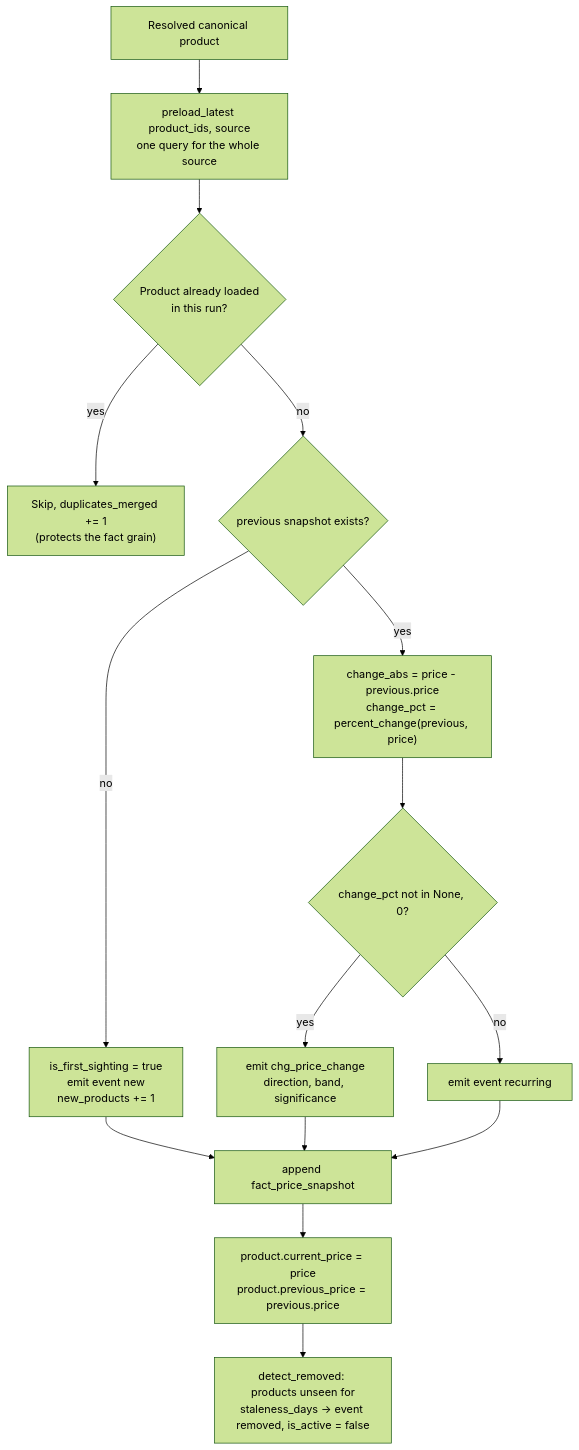
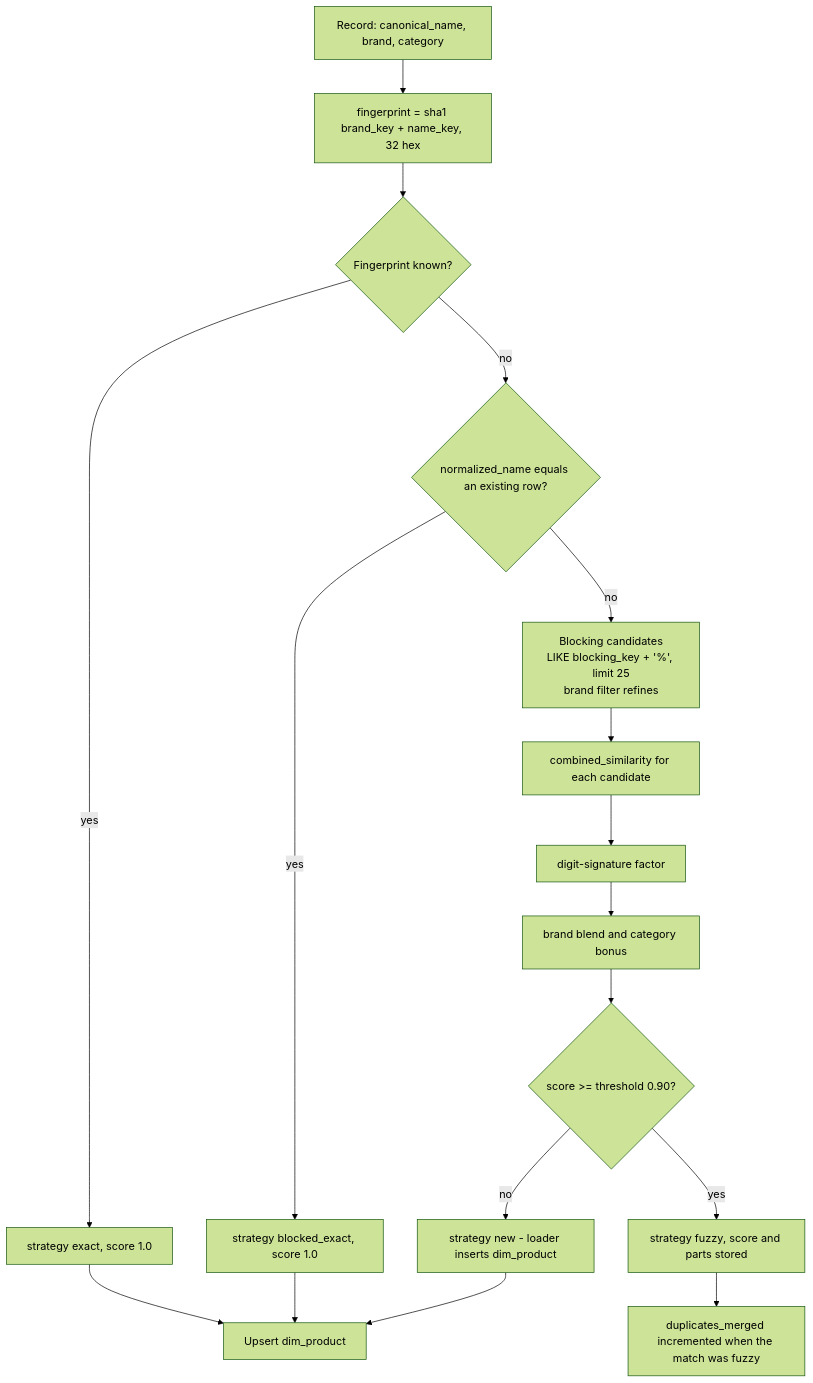
The diagram in docs/diagrams/out/docs-17_technical_documentation_59.mmd (Ahmedbakr78/Web-to-Warehouse-Product-Intelligence-Pipeline), drawn with Mermaid (forest theme) before and after one commit. The commit also changed 187 other files, not shown here.

```diff
--- a/docs/diagrams/out/docs-17_technical_documentation_59.mmd
+++ b/docs/diagrams/out/docs-17_technical_documentation_59.mmd
@@ -1,16 +1,18 @@
 
 flowchart TD
-    A["Resolved canonical product"] --> B["preload_latest product_ids, source<br/>one query for the whole source"]
-    B --> C{"Product already loaded<br/>in this run?"}
-    C -->|"yes"| D["Skip, duplicates_merged += 1<br/>(protects the fact grain)"]
-    C -->|"no"| E{"previous snapshot exists?"}
-    E -->|"no"| F["is_first_sighting = true<br/>emit event new<br/>new_products += 1"]
-    E -->|"yes"| G["change_abs = price - previous.price<br/>change_pct = percent_change(previous, price)"]
-    G --> H{"change_pct not in None, 0?"}
-    H -->|"no"| I["emit event recurring"]
-    H -->|"yes"| J["emit chg_price_change<br/>direction, band, significance"]
-    F --> K["append fact_price_snapshot"]
-    J --> K
-    I --> K
-    K --> L["product.current_price = price<br/>product.previous_price = previous.price"]
-    L --> M["detect_removed: products unseen for<br/>staleness_days -> event removed, is_active = false"]
+    A["Record: canonical_name, brand, category"] --> B["fingerprint = sha1 brand_key + name_key, 32 hex"]
+    B --> C{"Fingerprint known?"}
+    C -->|"yes"| R1["strategy exact, score 1.0"]
+    C -->|"no"| D{"normalized_name equals an existing row?"}
+    D -->|"yes"| R2["strategy blocked_exact, score 1.0"]
+    D -->|"no"| E["Blocking candidates<br/>LIKE blocking_key + '%', limit 25<br/>brand filter refines"]
+    E --> F["combined_similarity for each candidate"]
+    F --> G["digit-signature factor"]
+    G --> H["brand blend and category bonus"]
+    H --> I{"score >= threshold 0.90?"}
+    I -->|"yes"| J["strategy fuzzy, score and parts stored"]
+    I -->|"no"| K["strategy new - loader inserts dim_product"]
+    J --> L["duplicates_merged incremented when the match was fuzzy"]
+    R1 --> M["Upsert dim_product"]
+    R2 --> M
+    K --> M
```
